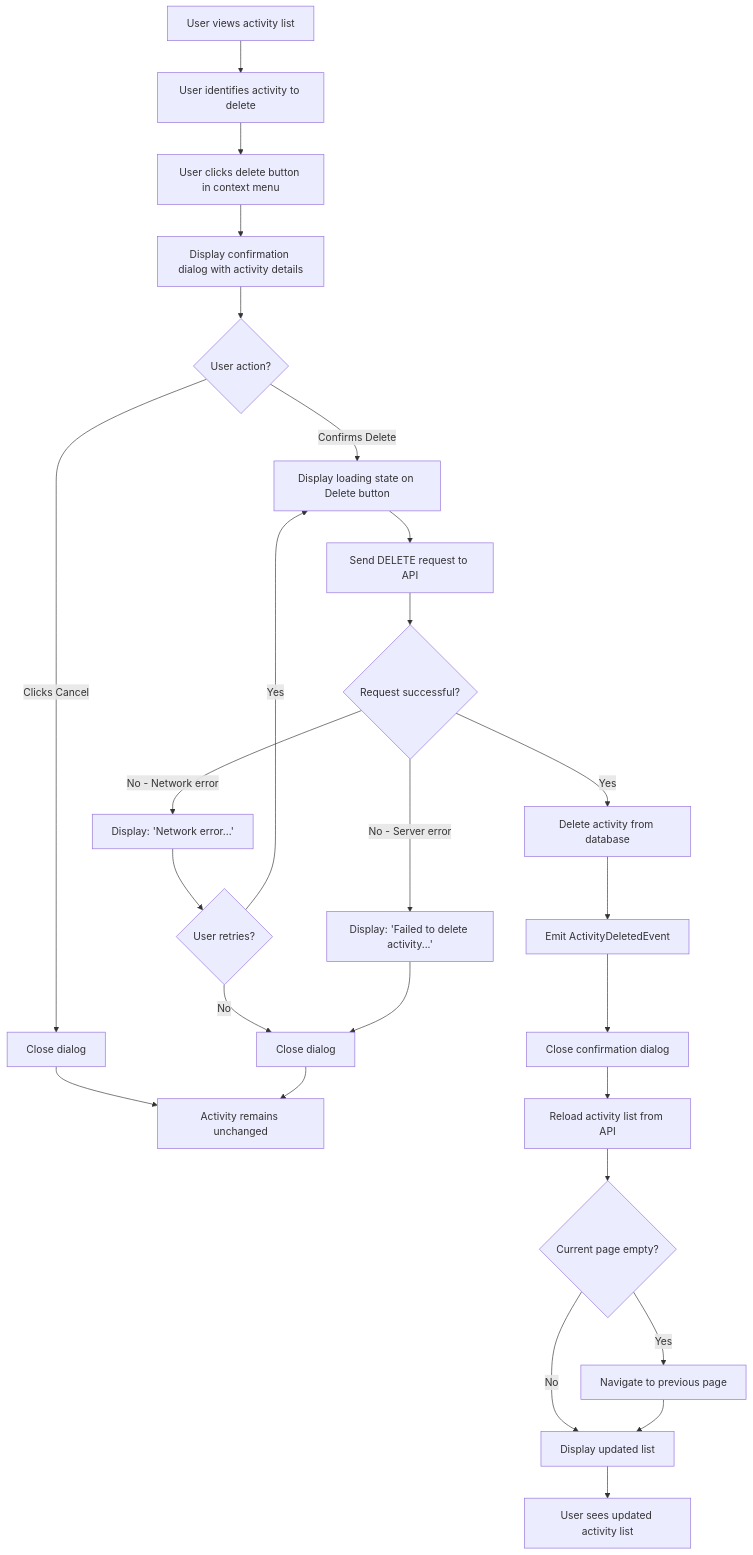
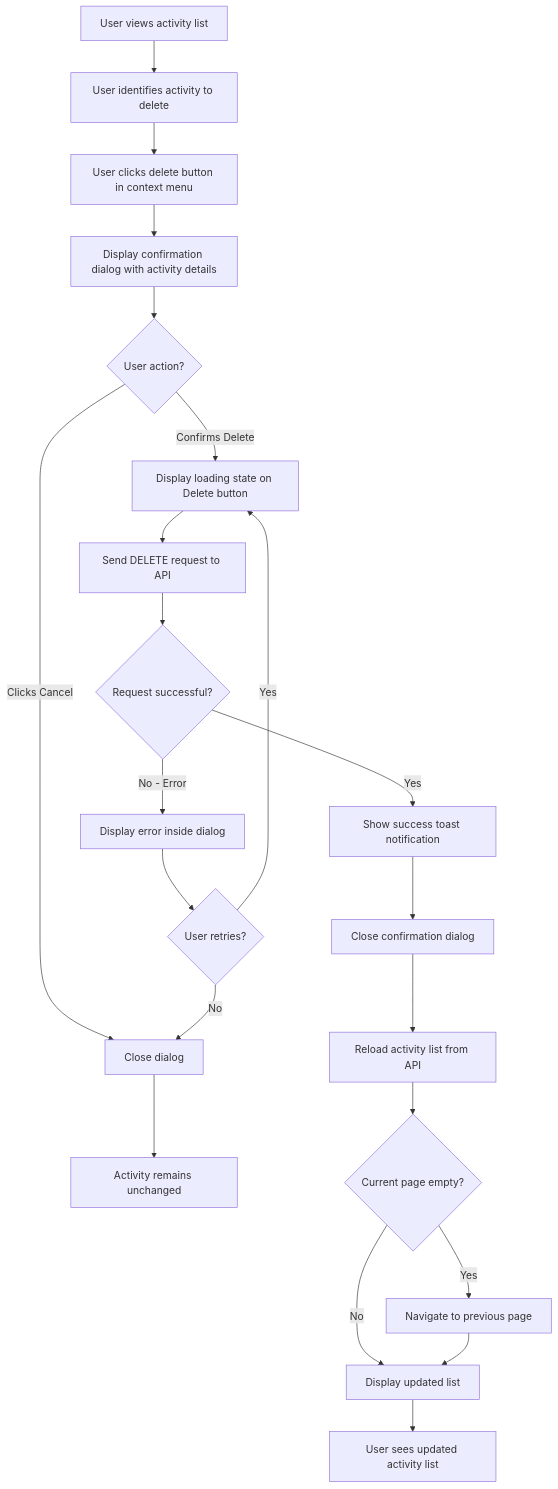
The diagram in docs/use-cases/diary/delete-activity.md (lamhq/notebook), drawn with Mermaid before and after one commit. The commit also changed other lines of this file and 196 other files, not shown here.

````diff
--- a/docs/use-cases/diary/delete-activity.md
+++ b/docs/use-cases/diary/delete-activity.md
@@ -101,28 +103,24 @@
 ```mermaid
 flowchart TD
     A[User views activity list] --> B[User identifies activity to delete]
     B --> C[User clicks delete button in context menu]
     C --> D[Display confirmation dialog with activity details]
     D --> E{User action?}
     E -->|Clicks Cancel| F[Close dialog]
     F --> G[Activity remains unchanged]
     E -->|Confirms Delete| H[Display loading state on Delete button]
     H --> I[Send DELETE request to API]
     I --> J{Request successful?}
-    J -->|No - Network error| K["Display: 'Network error...'"]
+    J -->|No - Error| K["Display error inside dialog"]
     K --> L{User retries?}
     L -->|Yes| H
-    L -->|No| M[Close dialog]
-    M --> G
-    J -->|No - Server error| N["Display: 'Failed to delete activity...'"]
-    N --> M
-    J -->|Yes| O[Delete activity from database]
-    O --> P[Emit ActivityDeletedEvent]
-    P --> Q[Close confirmation dialog]
-    Q --> R[Reload activity list from API]
-    R --> S{Current page empty?}
-    S -->|Yes| T[Navigate to previous page]
-    S -->|No| U[Display updated list]
-    T --> U
-    U --> V[User sees updated activity list]
+    L -->|No| F
+    J -->|Yes| M[Show success toast notification]
+    M --> N[Close confirmation dialog]
+    N --> O[Reload activity list from API]
+    O --> P{Current page empty?}
+    P -->|Yes| Q[Navigate to previous page]
+    P -->|No| R[Display updated list]
+    Q --> R
+    R --> S[User sees updated activity list]
 ```
````
